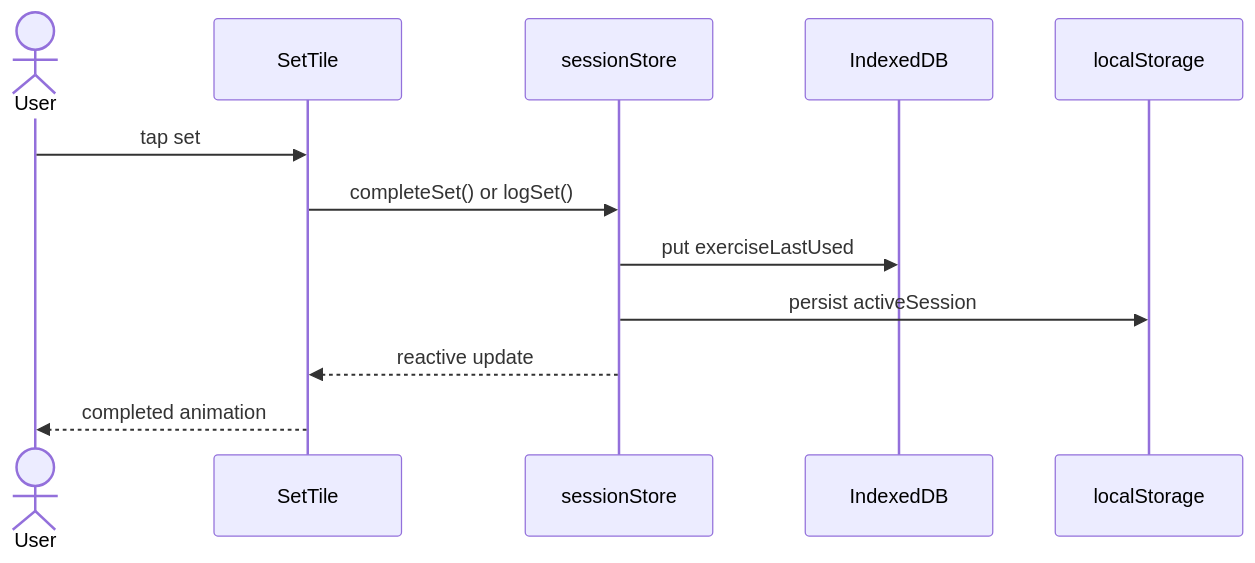
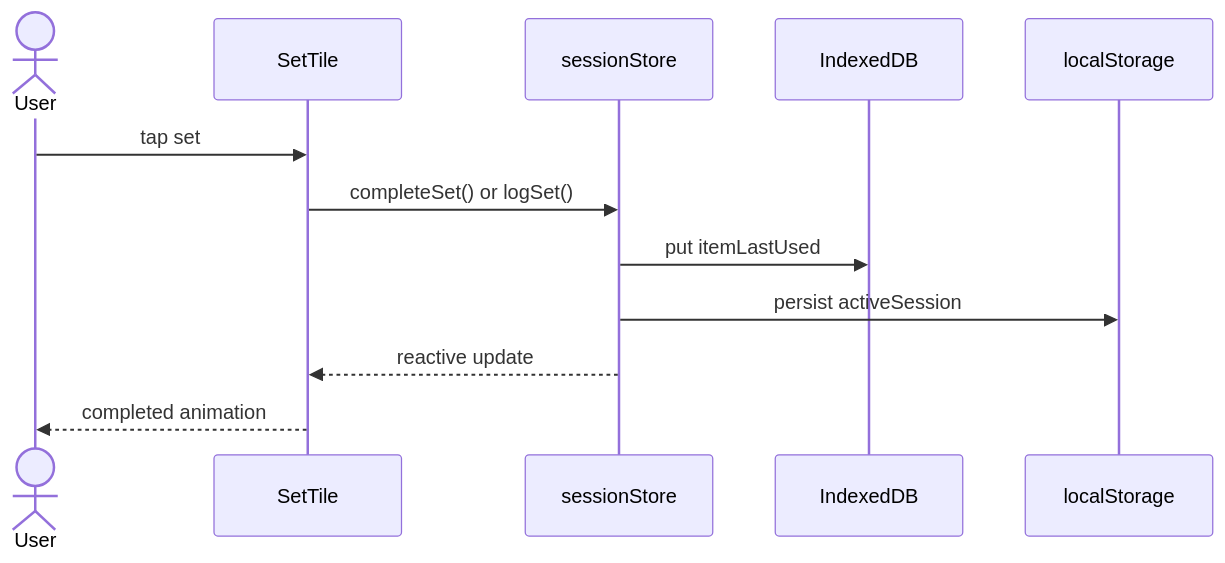
Before and after one commit to jermbo/CosmicWorkOut: the second of 6 diagrams in docs/architecture/overview.md, drawn with Mermaid. The commit also changed other lines of this file and 115 other files, not shown here.

````diff
--- a/docs/architecture/overview.md
+++ b/docs/architecture/overview.md
@@ -55,15 +55,15 @@
 ```mermaid
 sequenceDiagram
     actor User
     participant Tile as SetTile
     participant SS as sessionStore
     participant IDB as IndexedDB
     participant LS as localStorage
 
     User->>Tile: tap set
     Tile->>SS: completeSet() or logSet()
-    SS->>IDB: put exerciseLastUsed
+    SS->>IDB: put itemLastUsed
     SS->>LS: persist activeSession
     SS-->>Tile: reactive update
     Tile-->>User: completed animation
 ```
````
